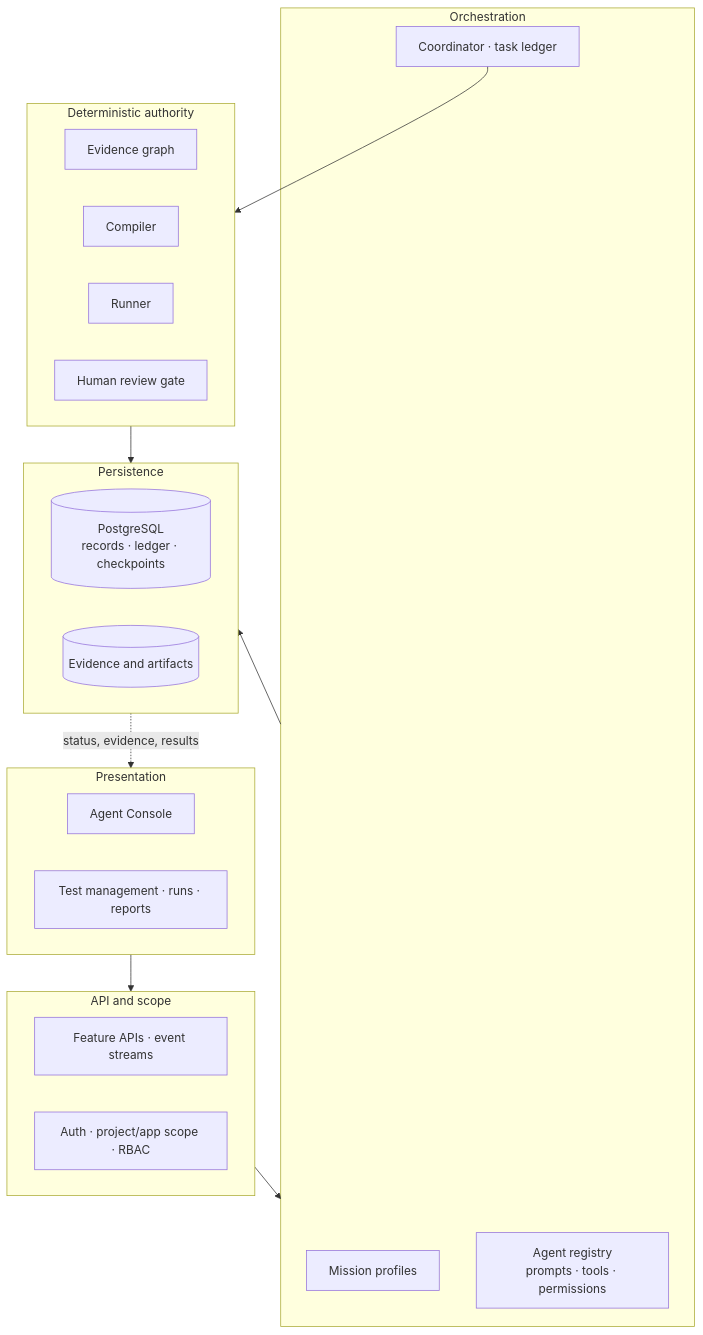
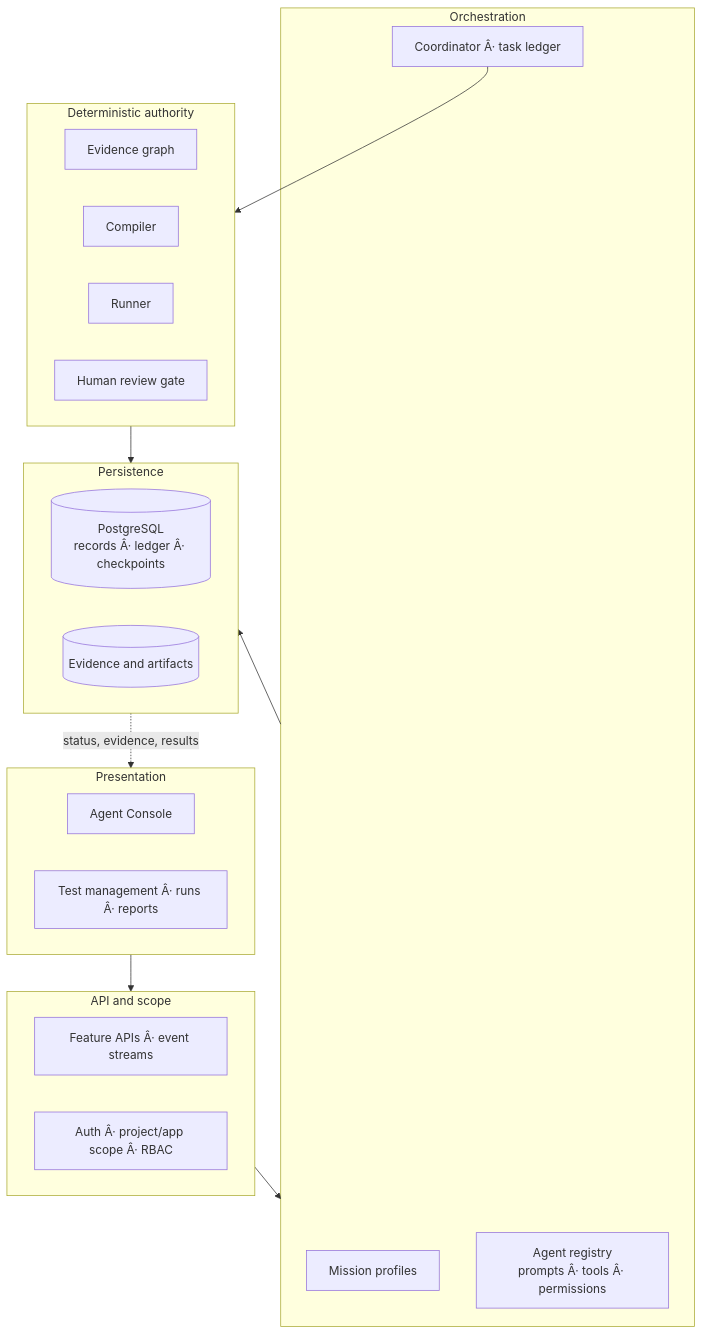
Before and after one commit to srinivasravula18/core-platform-automation: the third of 6 diagrams in docs/application-guide.md, drawn with Mermaid. The commit also changed other lines of this file, not shown here.

````diff
--- a/docs/application-guide.md
+++ b/docs/application-guide.md
@@ -272,36 +272,36 @@
 ```mermaid
 flowchart TB
     subgraph UI["Presentation"]
         Console["Agent Console"]
-        Pages["Test management · runs · reports"]
+        Pages["Test management Â· runs Â· reports"]
     end
 
     subgraph Edge["API and scope"]
-        Routes["Feature APIs · event streams"]
-        Guard["Auth · project/app scope · RBAC"]
+        Routes["Feature APIs Â· event streams"]
+        Guard["Auth Â· project/app scope Â· RBAC"]
     end
 
     subgraph Brain["Orchestration"]
         Profiles["Mission profiles"]
-        Coordinator["Coordinator · task ledger"]
-        Roster["Agent registry<br/>prompts · tools · permissions"]
+        Coordinator["Coordinator Â· task ledger"]
+        Roster["Agent registry<br/>prompts Â· tools Â· permissions"]
     end
 
     subgraph Truth["Deterministic authority"]
         Evidence["Evidence graph"]
         Compiler["Compiler"]
         Runner["Runner"]
         Review["Human review gate"]
     end
 
     subgraph Store["Persistence"]
-        PG[("PostgreSQL<br/>records · ledger · checkpoints")]
+        PG[("PostgreSQL<br/>records Â· ledger Â· checkpoints")]
         Artifacts[("Evidence and artifacts")]
     end
 
     UI --> Edge --> Brain
     Coordinator --> Truth
     Brain --> Store
     Truth --> Store
     Store -. "status, evidence, results" .-> UI
 ```
````
